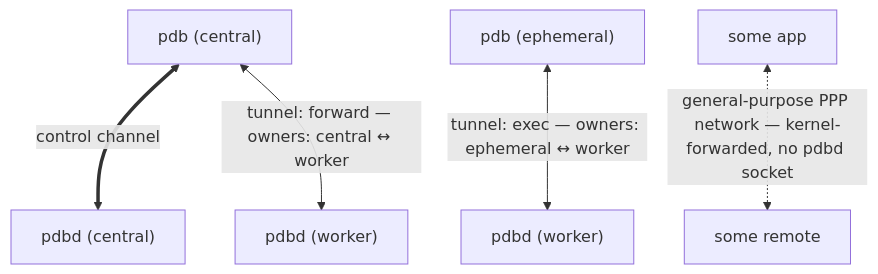
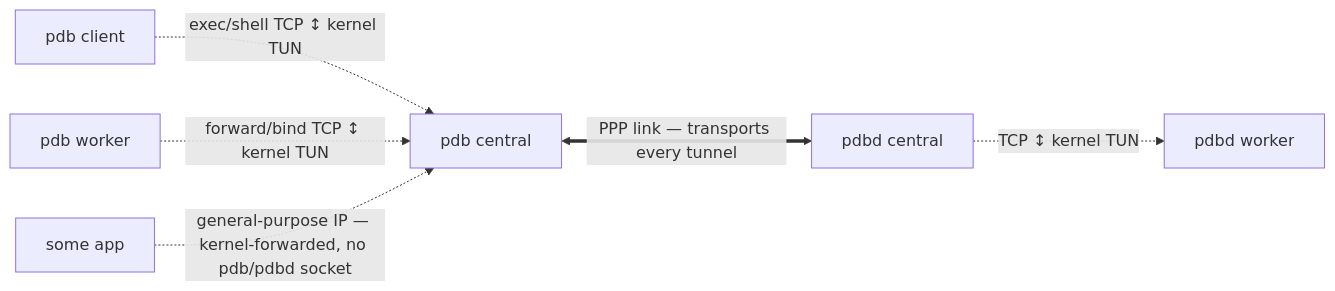
The third of 4 diagrams in README.md (sw2m/pdbd), drawn with Mermaid before and after one commit. The commit also changed other lines of this file, not shown here.

First line of the commit message:
docs: fix topology — tunnels ride the PPP link; pdb client/worker/central split

````diff
--- a/README.md
+++ b/README.md
@@ -161,12 +160,14 @@
 ```mermaid
-flowchart TB
-    CC["pdb (central)"]
-    DC["pdbd (central)"]
-    E["pdb (ephemeral)"]
-    W1["pdbd (worker)"]
-    W2["pdbd (worker)"]
-    CC <==>|control channel| DC
-    E <-->|"tunnel: exec — owners: ephemeral ↔ worker"| W1
-    CC <-->|"tunnel: forward — owners: central ↔ worker"| W2
-    G["some app"] <-. "general-purpose PPP network — kernel-forwarded, no pdbd socket" .-> R["some remote"]
+flowchart LR
+    PC["pdb client"]
+    PW["pdb worker"]
+    CC["pdb central"]
+    DC["pdbd central"]
+    DW["pdbd worker"]
+    G["some app"]
+    PC -. "exec/shell TCP ↕ kernel TUN" .-> CC
+    PW -. "forward/bind TCP ↕ kernel TUN" .-> CC
+    CC <==>|"PPP link — transports every tunnel"| DC
+    DC -. "TCP ↕ kernel TUN" .-> DW
+    G -. "general-purpose IP — kernel-forwarded, no pdb/pdbd socket" .-> CC
 ```
````
